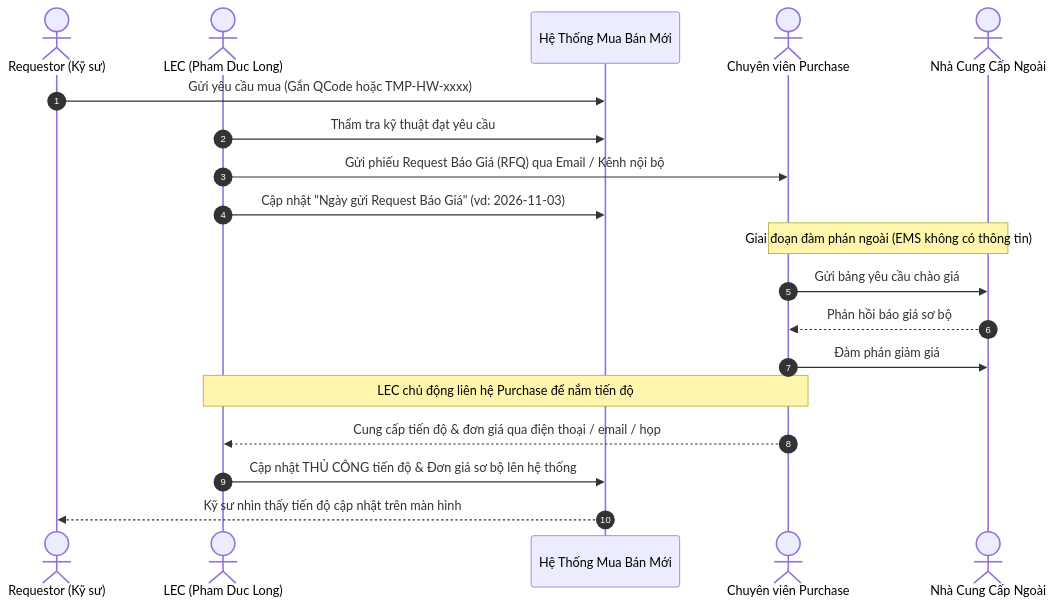
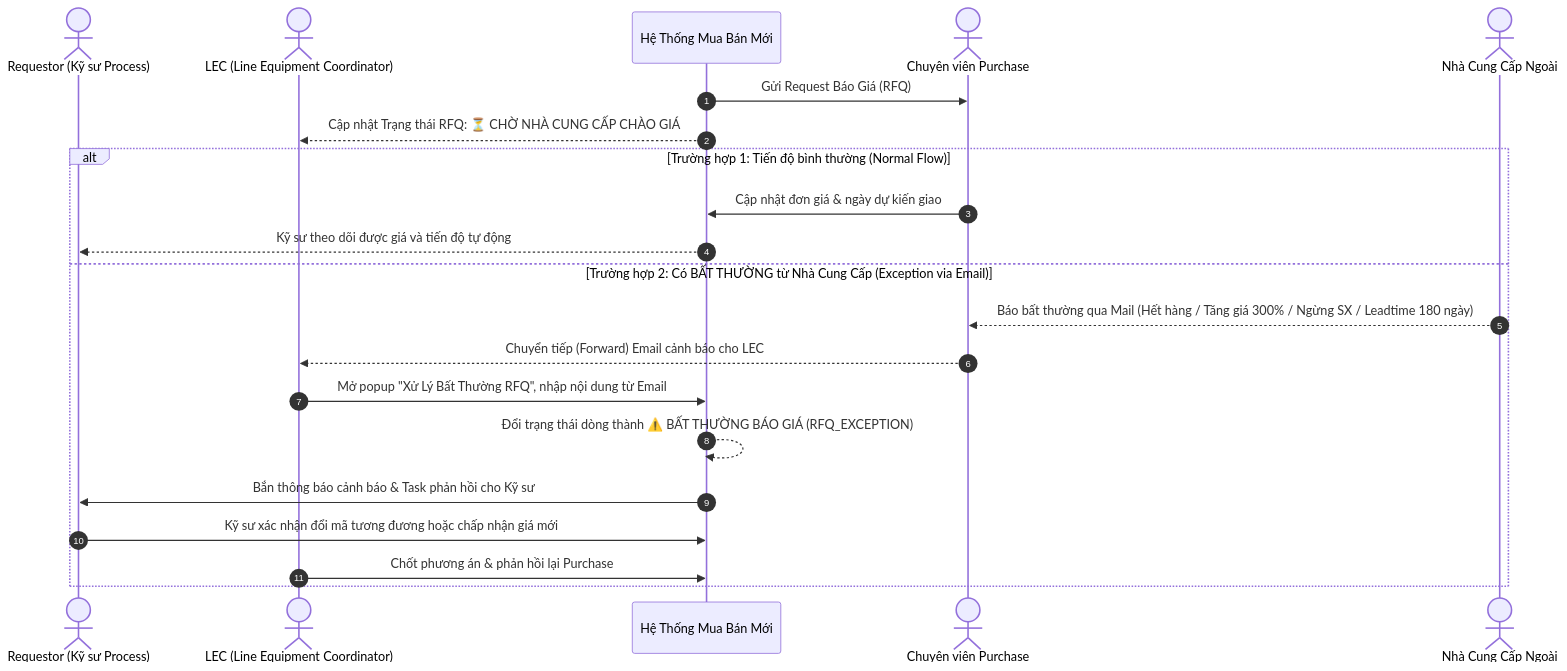
The diagram in procurement-system/03-lec-workbench-and-interlock/02-purchase-quotation-coordination.md (longphamduc-vn/ops-workflow), drawn with Mermaid before and after one commit. The commit also changed other lines of this file and 27 other files, not shown here.

````diff
--- a/procurement-system/03-lec-workbench-and-interlock/02-purchase-quotation-coordination.md
+++ b/procurement-system/03-lec-workbench-and-interlock/02-purchase-quotation-coordination.md
@@ -10,24 +16,25 @@
 ```mermaid
 sequenceDiagram
     autonumber
-    actor REQ as Requestor (Kỹ sư)
-    actor LEC as LEC (Pham Duc Long)
+    actor REQ as Requestor (Kỹ sư Process)
+    actor LEC as LEC (Line Equipment Coordinator)
     participant SYS as Hệ Thống Mua Bán Mới
     actor PUR as Chuyên viên Purchase
     actor VEN as Nhà Cung Cấp Ngoài
 
-    REQ->>SYS: Gửi yêu cầu mua (Gắn QCode hoặc TMP-HW-xxxx)
-    LEC->>SYS: Thẩm tra kỹ thuật đạt yêu cầu
-    LEC->>PUR: Gửi phiếu Request Báo Giá (RFQ) qua Email / Kênh nội bộ
-    LEC->>SYS: Cập nhật "Ngày gửi Request Báo Giá" (vd: 2026-11-03)
+    SYS->>PUR: Gửi Request Báo Giá (RFQ)
+    SYS-->>LEC: Cập nhật Trạng thái RFQ: ⏳ CHỜ NHÀ CUNG CẤP CHÀO GIÁ
     
-    Note over PUR,VEN: Giai đoạn đàm phán ngoài (EMS không có thông tin)
-    PUR->>VEN: Gửi bảng yêu cầu chào giá
-    VEN-->>PUR: Phản hồi báo giá sơ bộ
-    PUR->>VEN: Đàm phán giảm giá
-    
-    Note over LEC,PUR: LEC chủ động liên hệ Purchase để nắm tiến độ
-    PUR-->>LEC: Cung cấp tiến độ & đơn giá qua điện thoại / email / họp
-    LEC->>SYS: Cập nhật THỦ CÔNG tiến độ & Đơn giá sơ bộ lên hệ thống
-    SYS-->>REQ: Kỹ sư nhìn thấy tiến độ cập nhật trên màn hình
+    alt Trường hợp 1: Tiến độ bình thường (Normal Flow)
+        PUR->>SYS: Cập nhật đơn giá & ngày dự kiến giao
+        SYS-->>REQ: Kỹ sư theo dõi được giá và tiến độ tự động
+    else Trường hợp 2: Có BẤT THƯỜNG từ Nhà Cung Cấp (Exception via Email)
+        VEN-->>PUR: Báo bất thường qua Mail (Hết hàng / Tăng giá 300% / Ngừng SX / Leadtime 180 ngày)
+        PUR-->>LEC: Chuyển tiếp (Forward) Email cảnh báo cho LEC
+        LEC->>SYS: Mở popup "Xử Lý Bất Thường RFQ", nhập nội dung từ Email
+        SYS-->>SYS: Đổi trạng thái dòng thành ⚠️ BẤT THƯỜNG BÁO GIÁ (RFQ_EXCEPTION)
+        SYS->>REQ: Bắn thông báo cảnh báo & Task phản hồi cho Kỹ sư
+        REQ->>SYS: Kỹ sư xác nhận đổi mã tương đương hoặc chấp nhận giá mới
+        LEC->>SYS: Chốt phương án & phản hồi lại Purchase
+    end
 ```
````
